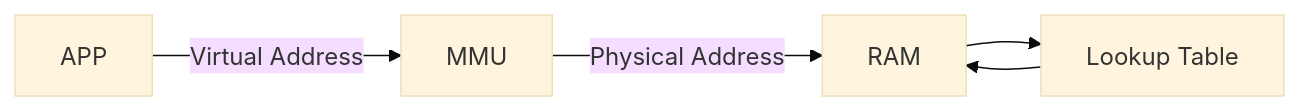
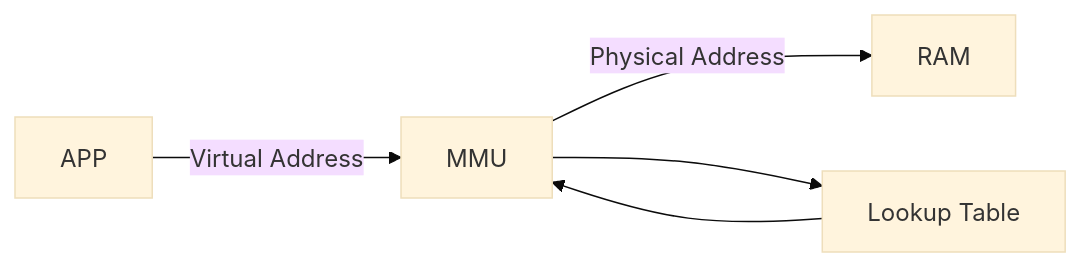
One commit to tghedaoo/Embedded-Software-Study changed the diagram in operating_systems/memory_management.md. Above: the diagram before and after it, drawn with Mermaid (base theme). The commit also changed other lines of this file, not shown here.

Commit message:
memory mamangement 2

````diff
--- a/operating_systems/memory_management.md
+++ b/operating_systems/memory_management.md
@@ -32,7 +32,7 @@
 ```mermaid
 flowchart LR;
     A[APP]--Virtual Address-->B[MMU];
     B-- Physical Address -->C[RAM];
-    C-->D[Lookup Table];
-    D-->C;
+    B-->D[Lookup Table];
+    D-->B;
 ```
````
